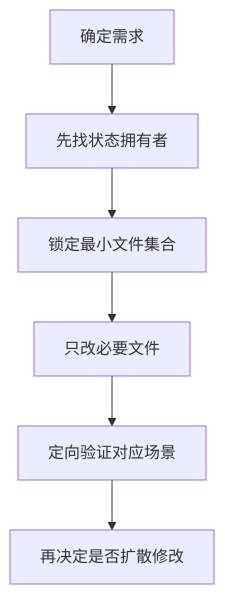
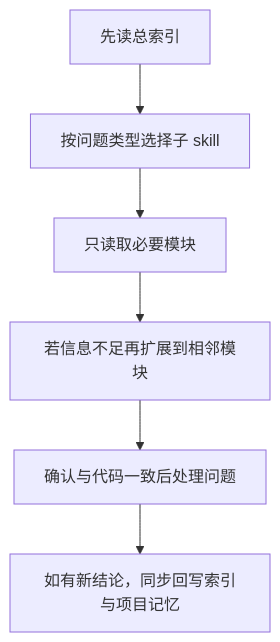
Before and after one commit to Aubyn11/POELike: the diagram in POELike_接手Skill.md, drawn with Mermaid. The commit also changed other lines of this file and 119 other files, not shown here.

````diff
--- a/POELike_接手Skill.md
+++ b/POELike_接手Skill.md
@@ -597,8 +110,8 @@
 ```mermaid
 flowchart TD
-    A[确定需求] --> B[先找状态拥有者]
-    B --> C[锁定最小文件集合]
-    C --> D[只改必要文件]
-    D --> E[定向验证对应场景]
-    E --> F[再决定是否扩散修改]
+    A[先读总索引] --> B[按问题类型选择子 skill]
+    B --> C[只读取必要模块]
+    C --> D[若信息不足再扩展到相邻模块]
+    D --> E[确认与代码一致后处理问题]
+    E --> F[如有新结论，同步回写索引与项目记忆]
 ```
````
